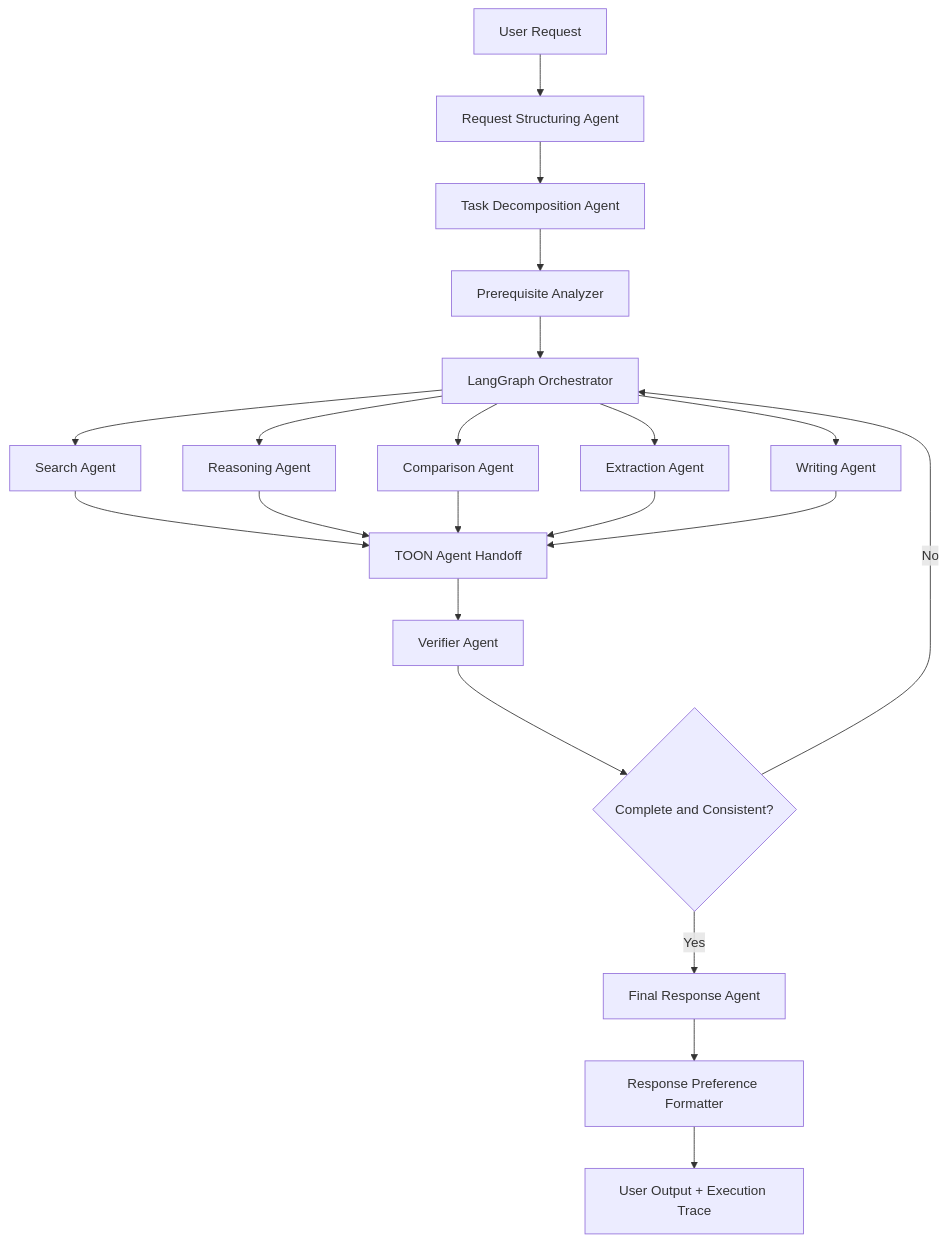
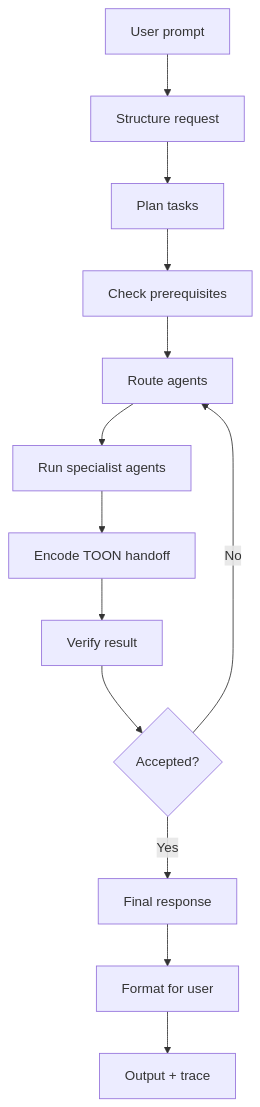
Before and after one commit to Hassaan146/agentic-ai-workflow: the first of 10 diagrams in docs/diagrams.md, drawn with Mermaid. The commit also changed other lines of this file, not shown here.

Commit message:
Make diagrams PDF export friendly

````diff
--- a/docs/diagrams.md
+++ b/docs/diagrams.md
@@ -7,23 +9,15 @@
 ```mermaid
 flowchart TD
-    A["User Request"] --> B["Request Structuring Agent"]
-    B --> C["Task Decomposition Agent"]
-    C --> D["Prerequisite Analyzer"]
-    D --> E["LangGraph Orchestrator"]
-    E --> F["Search Agent"]
-    E --> G["Reasoning Agent"]
-    E --> H["Comparison Agent"]
-    E --> I["Extraction Agent"]
-    E --> J["Writing Agent"]
-    F --> K["TOON Agent Handoff"]
-    G --> K
-    H --> K
-    I --> K
-    J --> K
-    K --> L["Verifier Agent"]
-    L --> M{"Complete and Consistent?"}
-    M -->|No| E
-    M -->|Yes| N["Final Response Agent"]
-    N --> P["Response Preference Formatter"]
-    P --> O["User Output + Execution Trace"]
+    A["User prompt"] --> B["Structure request"]
+    B --> C["Plan tasks"]
+    C --> D["Check prerequisites"]
+    D --> E["Route agents"]
+    E --> F["Run specialist agents"]
+    F --> G["Encode TOON handoff"]
+    G --> H["Verify result"]
+    H --> I{"Accepted?"}
+    I -->|No| E
+    I -->|Yes| J["Final response"]
+    J --> K["Format for user"]
+    K --> L["Output + trace"]
 ```
````
